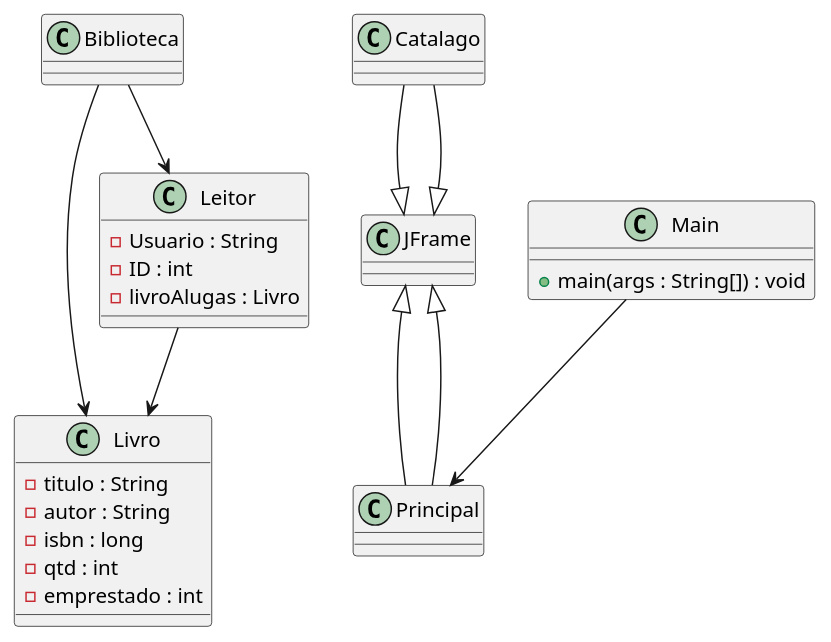
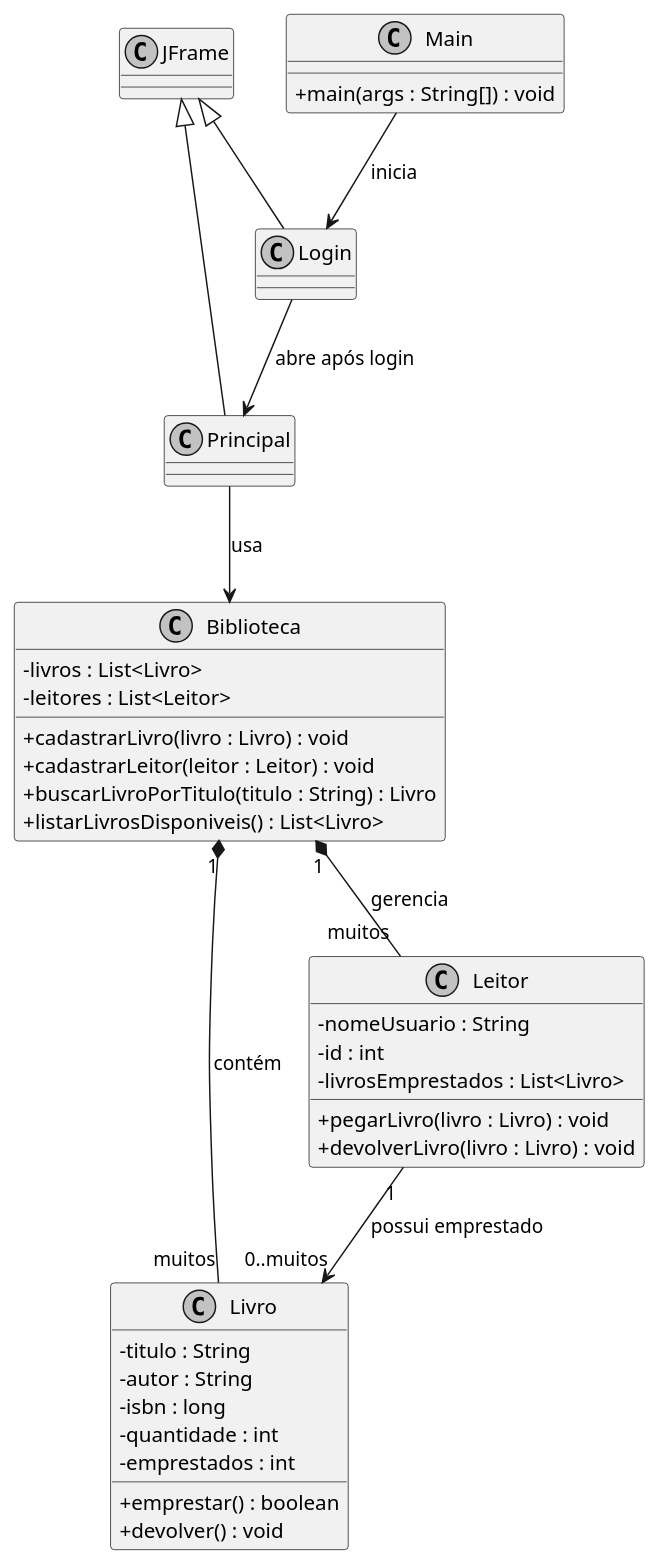
Before and after one commit to vugnares-sreo/Biblioteca-digital: the diagram in src/Diagrama.puml, drawn with PlantUML.

```diff
--- a/src/Diagrama.puml
+++ b/src/Diagrama.puml
@@ -1,44 +1,54 @@
 @startuml
+skinparam classAttributeIconSize 0
+skinparam monochrome true
+skinparam shadowing false
 
-' Classes e atributos 
+' ==================== CLASSES ====================
 class Livro {
-    - titulo : String
-    - autor : String
-    - isbn : long
-    - qtd : int
-    - emprestado : int
+  - titulo : String
+  - autor : String
+  - isbn : long
+  - quantidade : int
+  - emprestados : int
+  + emprestar() : boolean
+  + devolver() : void
 }
 
 class Leitor {
-    - Usuario : String
-    - ID : int
-    - livroAlugas : Livro
+  - nomeUsuario : String
+  - id : int
+  - livrosEmprestados : List<Livro>
+  + pegarLivro(livro : Livro) : void
+  + devolverLivro(livro : Livro) : void
 }
 
 class Biblioteca {
-    ' sem atributos definidos
+  - livros : List<Livro>
+  - leitores : List<Leitor>
+  + cadastrarLivro(livro : Livro) : void
+  + cadastrarLeitor(leitor : Leitor) : void
+  + buscarLivroPorTitulo(titulo : String) : Livro
+  + listarLivrosDisponiveis() : List<Livro>
 }
 
-class Catalago extends JFrame {
-    ' interface gráfica do catálogo
+class Login extends JFrame {
+  ' Tela de login do sistema
 }
 
 class Principal extends JFrame {
-    ' interface gráfica principal
+  ' Tela principal do sistema
 }
 
 class Main {
-    + main(args : String[]) : void
+  + main(args : String[]) : void
 }
 
-' Heranças
-Catalago --|> JFrame
-Principal --|> JFrame
-
-' Associações
-Leitor --> Livro
-Main --> Principal
-Biblioteca --> Livro
-Biblioteca --> Leitor
+' ==================== RELACIONAMENTOS ====================
+Biblioteca "1" *-- "muitos" Livro : contém
+Biblioteca "1" *-- "muitos" Leitor : gerencia
+Leitor "1" --> "0..muitos" Livro : possui emprestado
+Main --> Login : inicia
+Login --> Principal : abre após login
+Principal --> Biblioteca : usa
 
 @enduml
```
